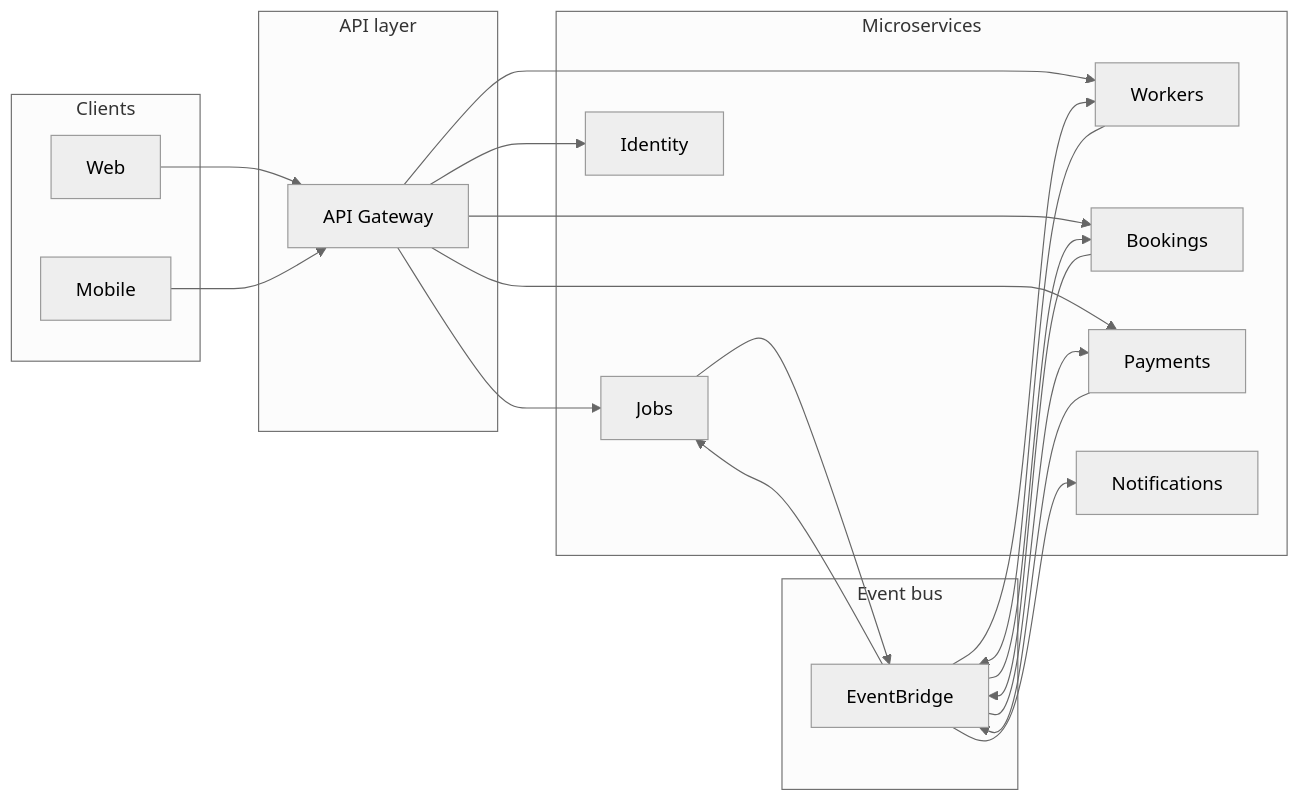
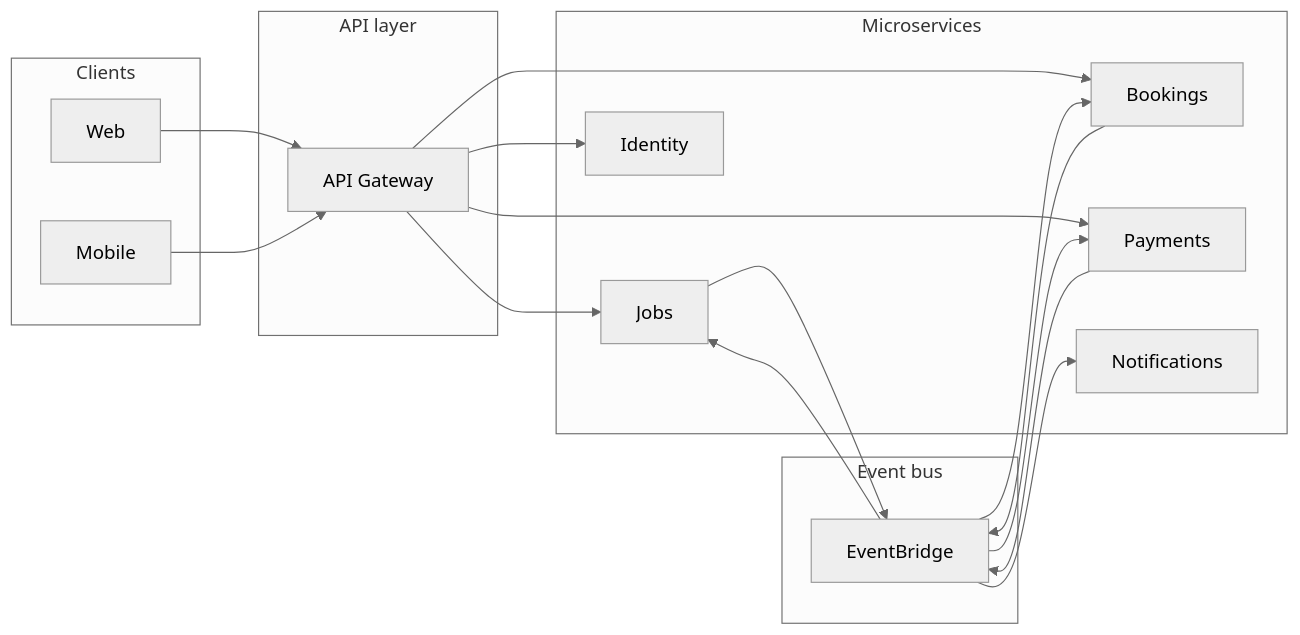
One commit to oukhali99/gig-platform-demo changed the first of 2 diagrams in docs/02-architecture-overview.md. Above: the diagram before and after it, drawn with Mermaid (neutral theme). The commit also changed other lines of this file and 14 other files, not shown here.

````diff
--- a/docs/02-architecture-overview.md
+++ b/docs/02-architecture-overview.md
@@ -7,37 +7,33 @@
 ```mermaid
 flowchart LR
   subgraph clients [Clients]
     Web[Web]
     Mobile[Mobile]
   end
   subgraph gateway [API layer]
     APIGW[API Gateway]
   end
   subgraph services [Microservices]
     Jobs[Jobs]
-    Workers[Workers]
     Bookings[Bookings]
     Payments[Payments]
     Notifications[Notifications]
     Identity[Identity]
   end
   subgraph events [Event bus]
     EB[EventBridge]
   end
   Web --> APIGW
   Mobile --> APIGW
   APIGW --> Jobs
-  APIGW --> Workers
   APIGW --> Bookings
   APIGW --> Payments
   APIGW --> Identity
   Jobs --> EB
-  Workers --> EB
   Bookings --> EB
   Payments --> EB
   EB --> Jobs
-  EB --> Workers
   EB --> Bookings
   EB --> Payments
   EB --> Notifications
 ```
````
